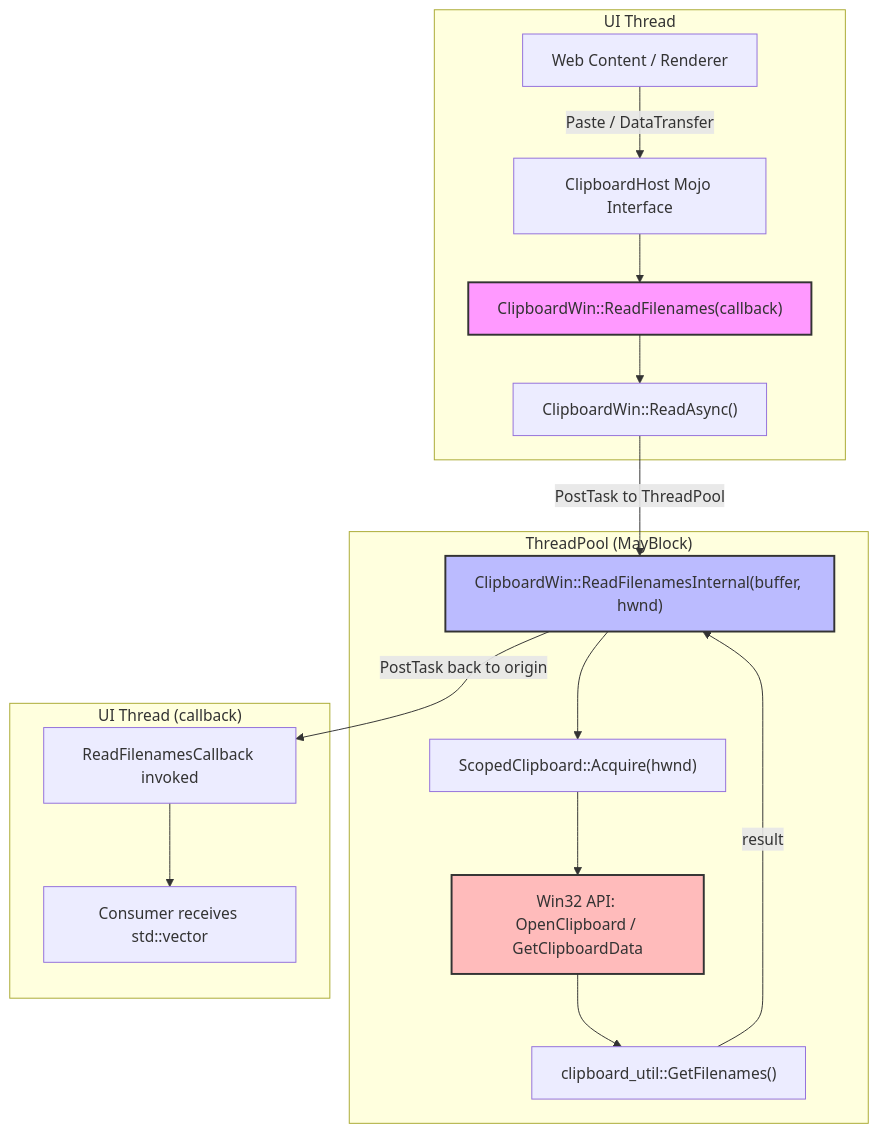
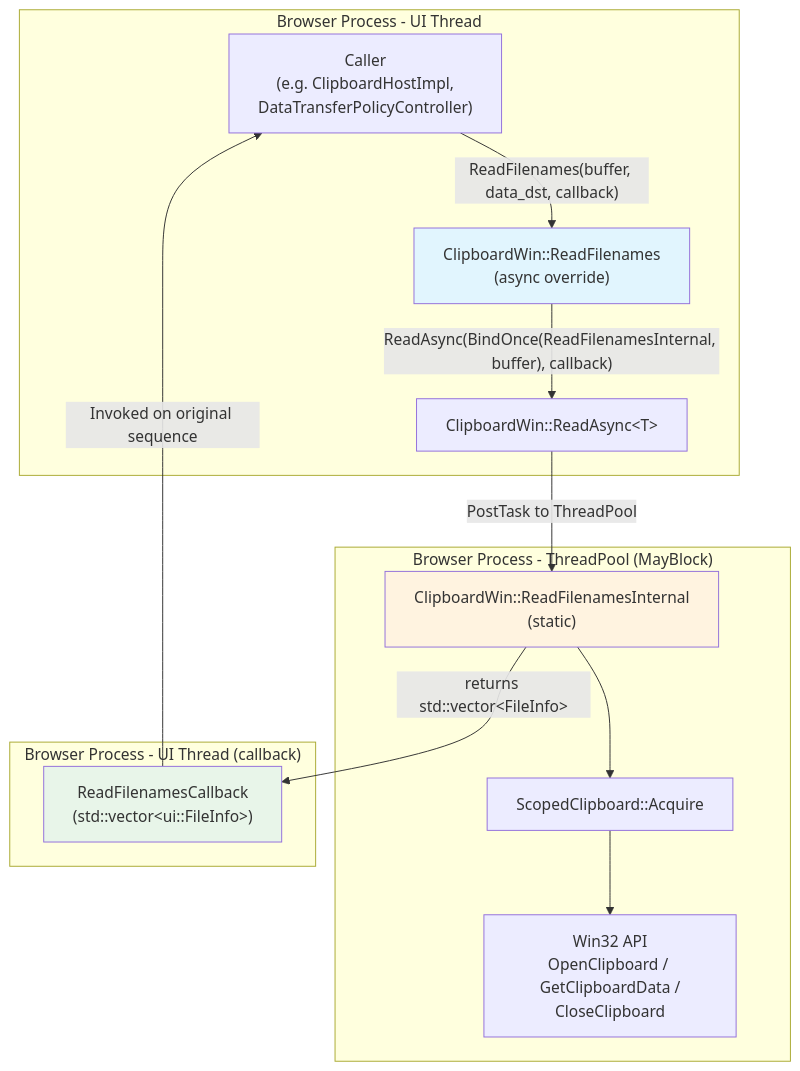
Before and after one commit to roraja/cr-llm-docs: the diagram in fixes/cl-7556734-20260213/review_summary.md, drawn with Mermaid. The commit also changed other lines of this file, not shown here.

````diff
--- a/fixes/cl-7556734-20260213/review_summary.md
+++ b/fixes/cl-7556734-20260213/review_summary.md
@@ -36,36 +34,30 @@
 ```mermaid
 graph TB
-    subgraph "UI Thread"
-        A[Web Content / Renderer]
-        B[ClipboardHost Mojo Interface]
-        C["ClipboardWin::ReadFilenames(callback)"]
-        D["ClipboardWin::ReadAsync()"]
+    subgraph "Browser Process - UI Thread"
+        Caller["Caller<br/>(e.g. ClipboardHostImpl,<br/>DataTransferPolicyController)"]
+        CWin_Async["ClipboardWin::ReadFilenames<br/>(async override)"]
+        ReadAsync["ClipboardWin::ReadAsync&lt;T&gt;"]
     end
 
-    subgraph "ThreadPool (MayBlock)"
-        E["ClipboardWin::ReadFilenamesInternal(buffer, hwnd)"]
-        F["ScopedClipboard::Acquire(hwnd)"]
-        G["Win32 API: OpenClipboard / GetClipboardData"]
-        H["clipboard_util::GetFilenames()"]
+    subgraph "Browser Process - ThreadPool (MayBlock)"
+        Internal["ClipboardWin::ReadFilenamesInternal<br/>(static)"]
+        ScopedCB["ScopedClipboard::Acquire"]
+        Win32["Win32 API<br/>OpenClipboard / GetClipboardData /<br/>CloseClipboard"]
     end
 
-    subgraph "UI Thread (callback)"
-        I["ReadFilenamesCallback invoked"]
-        J["Consumer receives std::vector<ui::FileInfo>"]
+    subgraph "Browser Process - UI Thread (callback)"
+        Callback["ReadFilenamesCallback<br/>(std::vector&lt;ui::FileInfo&gt;)"]
     end
 
-    A -->|"Paste / DataTransfer"| B
-    B --> C
-    C --> D
-    D -->|"PostTask to ThreadPool"| E
-    E --> F
-    F --> G
-    G --> H
-    H -->|"result"| E
-    E -->|"PostTask back to origin"| I
-    I --> J
+    Caller -->|"ReadFilenames(buffer, data_dst, callback)"| CWin_Async
+    CWin_Async -->|"ReadAsync(BindOnce(ReadFilenamesInternal, buffer), callback)"| ReadAsync
+    ReadAsync -->|"PostTask to ThreadPool"| Internal
+    Internal --> ScopedCB
+    ScopedCB --> Win32
+    Internal -->|"returns std::vector&lt;FileInfo&gt;"| Callback
+    Callback -->|"Invoked on original sequence"| Caller
 
-    style C fill:#f9f,stroke:#333,stroke-width:2px
-    style E fill:#bbf,stroke:#333,stroke-width:2px
-    style G fill:#fbb,stroke:#333,stroke-width:2px
+    style CWin_Async fill:#e1f5fe
+    style Internal fill:#fff3e0
+    style Callback fill:#e8f5e9
 ```
````
